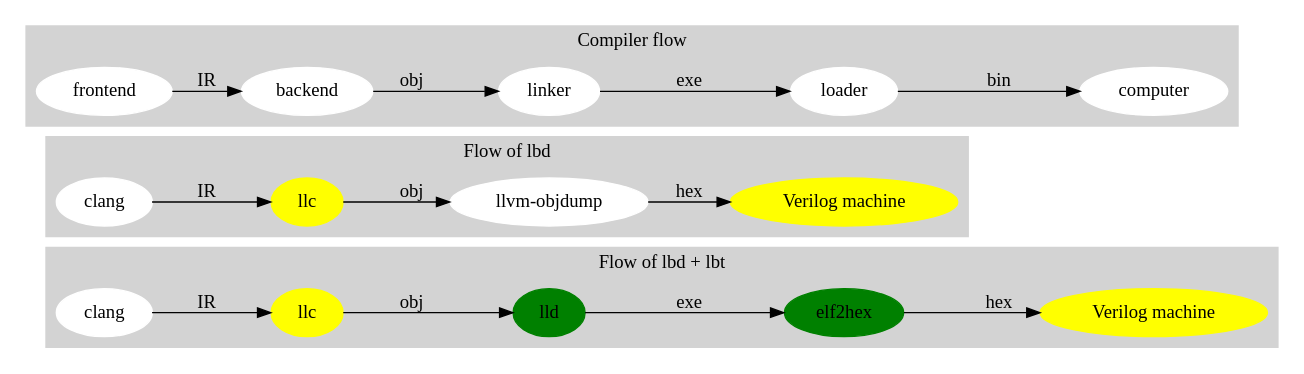
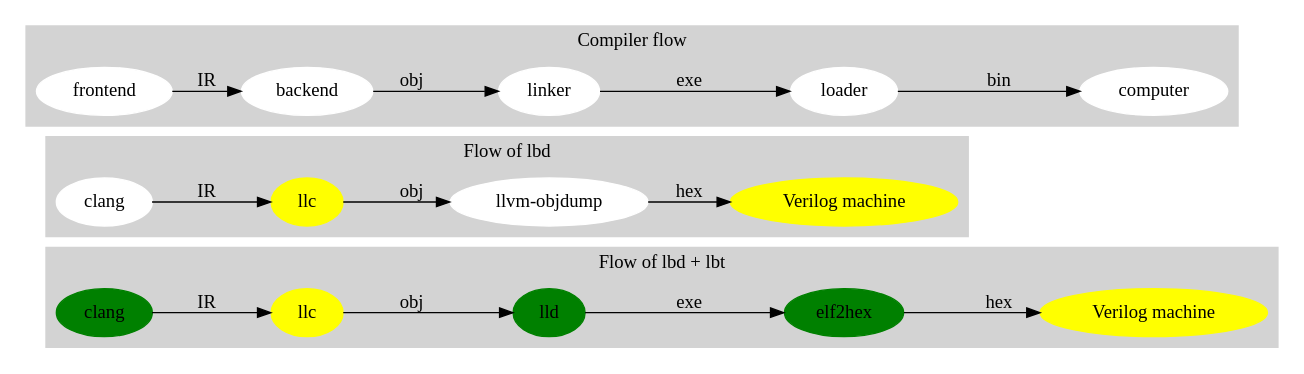
One commit to Jonathan2251/lbd changed the diagram in Fig/about/lbd_and_lbt.gv. Above: the diagram before and after it, drawn with Graphviz. The commit also changed 4 other files, not shown here.

```diff
--- a/Fig/about/lbd_and_lbt.gv
+++ b/Fig/about/lbd_and_lbt.gv
@@ -1,40 +1,40 @@
 digraph G {
 
 	rankdir=LR;
 	subgraph cluster_2 {
 		style=filled;
 		color=lightgrey;
 		label = "Flow of lbd + lbt";
-		node [style=filled,color=white]; c2clang [label="clang"];
+		node [style=filled,color=green]; c2clang [label="clang"];
 		node [style=filled,color=yellow]; c2llc [label="llc"];
 		node [style=filled,color=yellow]; c2vm [label="Verilog machine"];
 		node [style=filled,color=green]; lld, elf2hex;
 	    c2clang -> c2llc [ label = "IR" ];
 	    c2llc -> lld [ label = "obj" ];
 	    lld -> elf2hex [ label = "exe" ];
 	    elf2hex -> c2vm [ label = "hex" ];
 	}
 	subgraph cluster_1 {
 		style=filled;
 		color=lightgrey;
 		label = "Flow of lbd";
 		node [style=filled,color=white]; c1clang [label="clang"];
 		node [style=filled,color=yellow]; c1llc [label="llc"];
 		node [style=filled,color=white]; "llvm-objdump";
 		node [style=filled,color=yellow]; c1vm [label="Verilog machine"];
 	    c1clang -> c1llc [ label = "IR" ];
 	    c1llc -> "llvm-objdump" [ label = "obj" ];
 	    "llvm-objdump" -> c1vm [ label = "hex" ];
 	}
 	subgraph cluster_0 {
 		style=filled;
 		label = "Compiler flow";
 		node [style=filled,color=white]; frontend, backend, linker, loader, computer;
 	    frontend -> backend [ label = "IR" ];
 	    backend -> linker [ label = "obj" ];
 	    linker -> loader [ label = "exe" ];
 	    loader -> computer [ label = "bin" ];
 		color=lightgrey
 	}
 
 }
```
